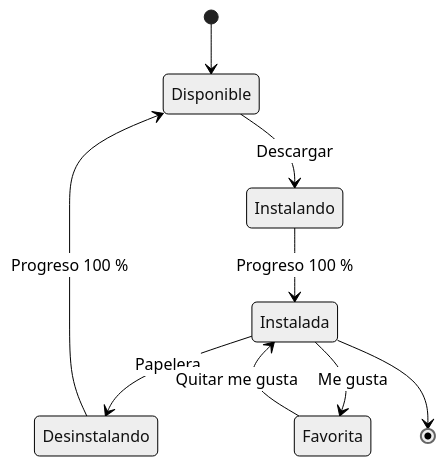
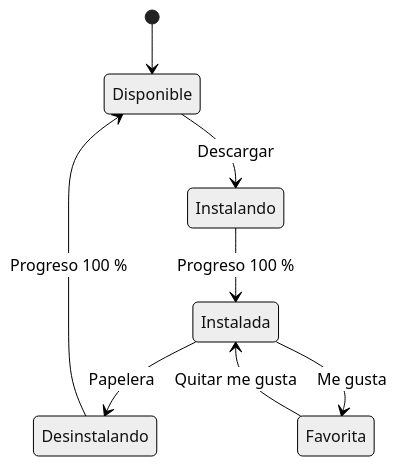
Before and after one commit to AlejandroRodriguez05/AE01.11-Markdown-Proyecto: the fourth of 5 diagrams in AeApplicationManager-AlejandroR/README.md, drawn with Mermaid (neutral theme). The commit also changed other lines of this file, not shown here.

````diff
--- a/AeApplicationManager-AlejandroR/README.md
+++ b/AeApplicationManager-AlejandroR/README.md
@@ -221,11 +221,10 @@
 ```mermaid
 stateDiagram-v2
     [*] --> Disponible
     Disponible --> Instalando : Descargar
     Instalando --> Instalada : Progreso 100 %
     Instalada --> Desinstalando : Papelera
     Desinstalando --> Disponible : Progreso 100 %
     Instalada --> Favorita : Me gusta
     Favorita --> Instalada : Quitar me gusta
-    Instalada --> [*]
 ```
````
